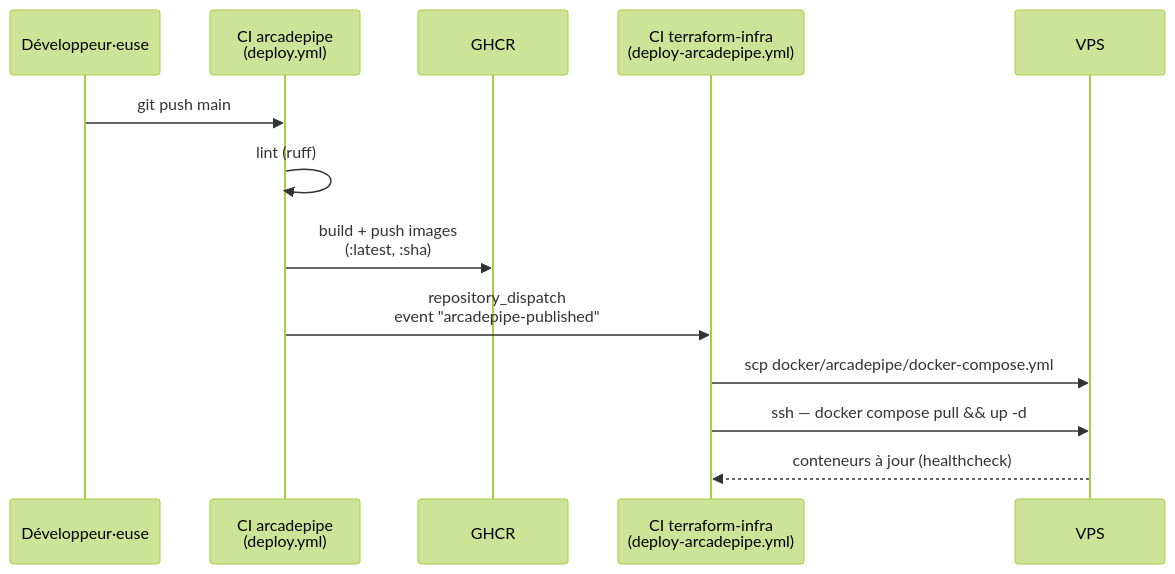
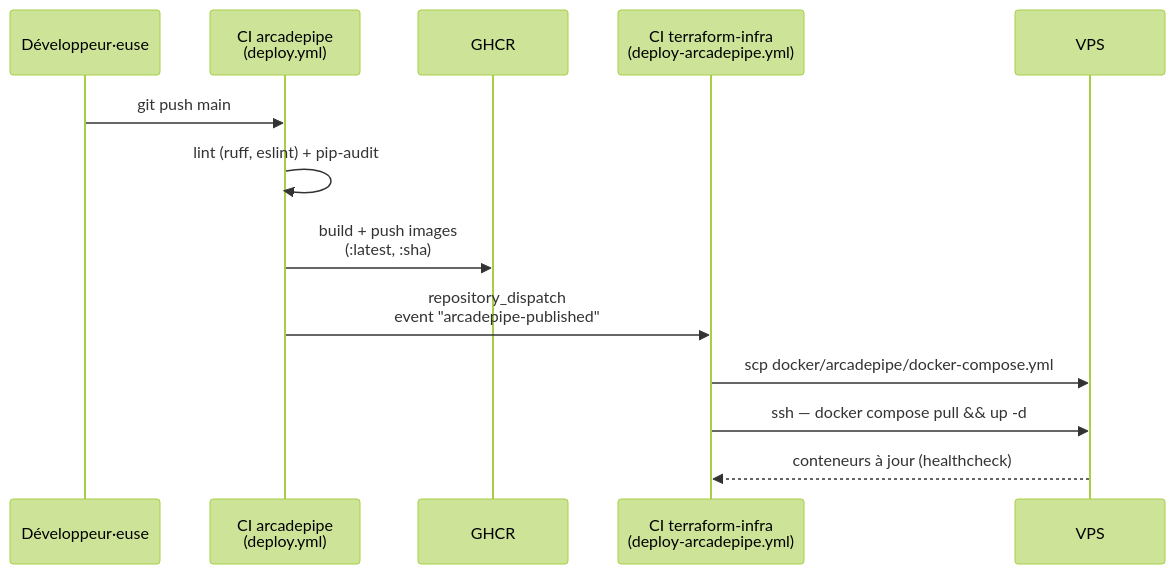
One commit to pazpop/terraform-infra-pazpop-hetzner changed the diagram in README.md. Above: the diagram before and after it, drawn with Mermaid (forest theme). The commit also changed other lines of this file, not shown here.

````diff
--- a/README.md
+++ b/README.md
@@ -71,16 +71,16 @@
 ```mermaid
 sequenceDiagram
     participant Dev as Développeur·euse
     participant AP as CI arcadepipe<br/>(deploy.yml)
     participant GHCR
     participant TI as CI terraform-infra<br/>(deploy-arcadepipe.yml)
     participant VPS
 
     Dev->>AP: git push main
-    AP->>AP: lint (ruff)
+    AP->>AP: lint (ruff, eslint) + pip-audit
     AP->>GHCR: build + push images<br/>(:latest, :sha)
     AP->>TI: repository_dispatch<br/>event "arcadepipe-published"
     TI->>VPS: scp docker/arcadepipe/docker-compose.yml
     TI->>VPS: ssh — docker compose pull && up -d
     VPS-->>TI: conteneurs à jour (healthcheck)
 ```
````
